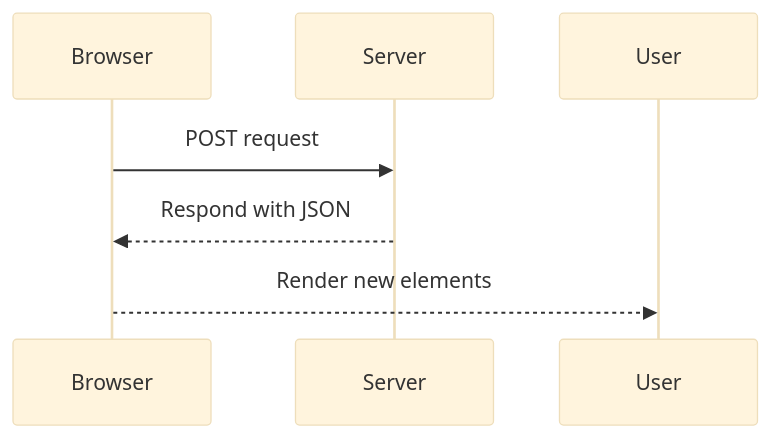
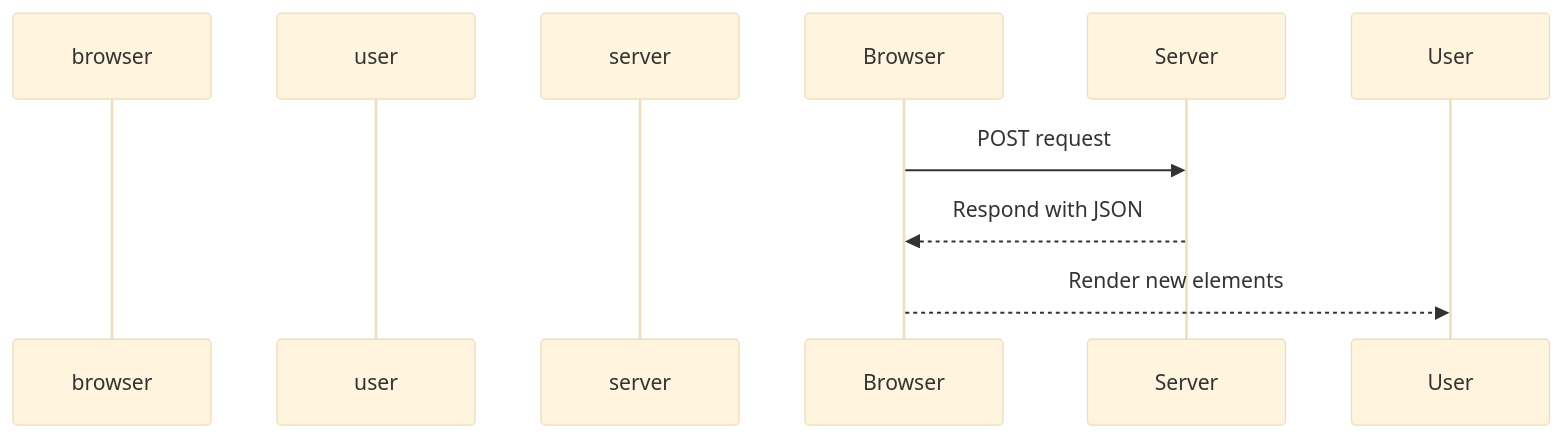
One commit to Atte-Oksanen/Full_stack_open changed the diagram in osa0/0.4.md. Above: the diagram before and after it, drawn with Mermaid (base theme).

````diff
--- a/osa0/0.4.md
+++ b/osa0/0.4.md
@@ -3,6 +3,9 @@
 ```mermaid
 sequenceDiagram
+participant browser
+participant user
+participant server
     Browser->>Server: POST request
     Server-->>Browser: Respond with JSON
     Browser-->>User: Render new elements
 ```
````
